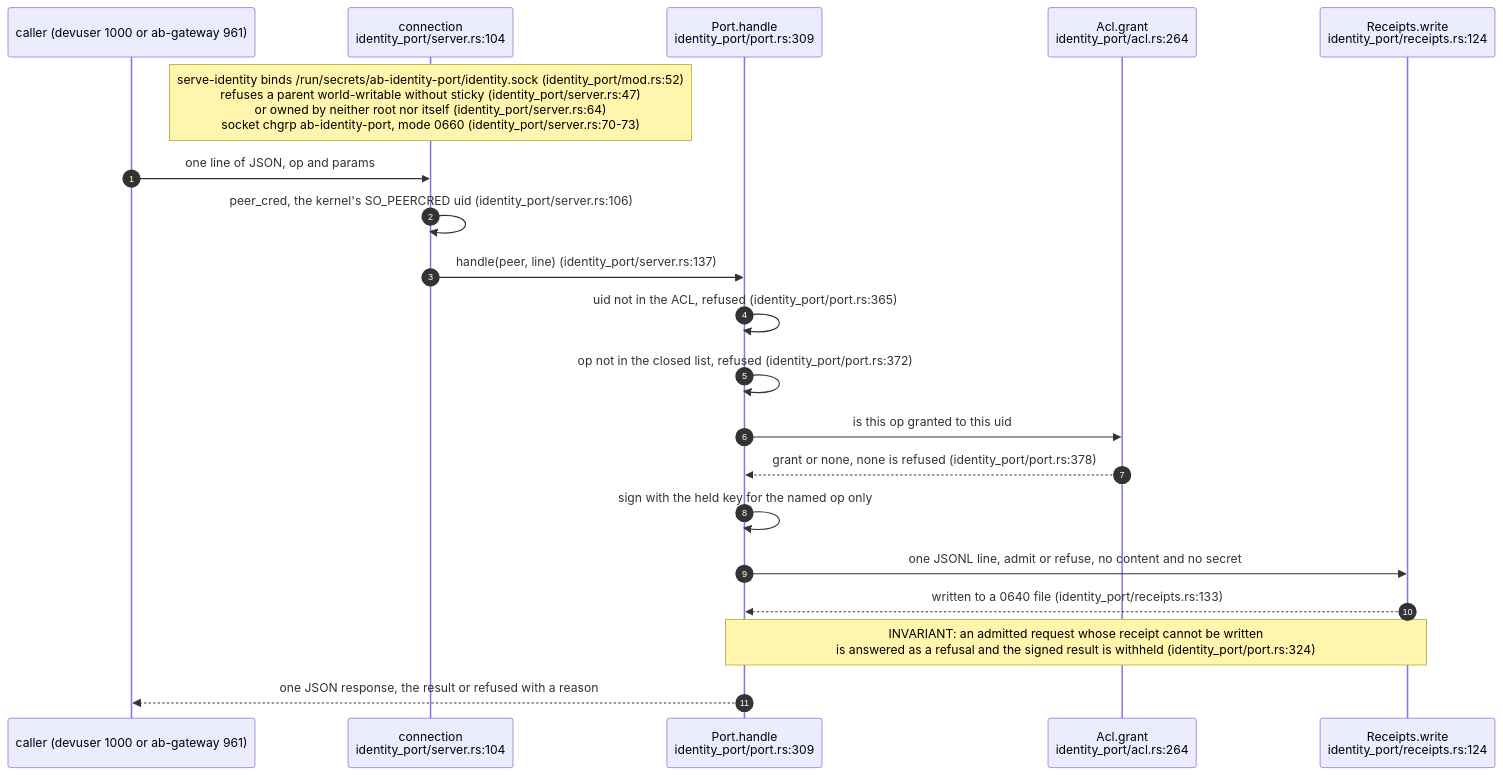
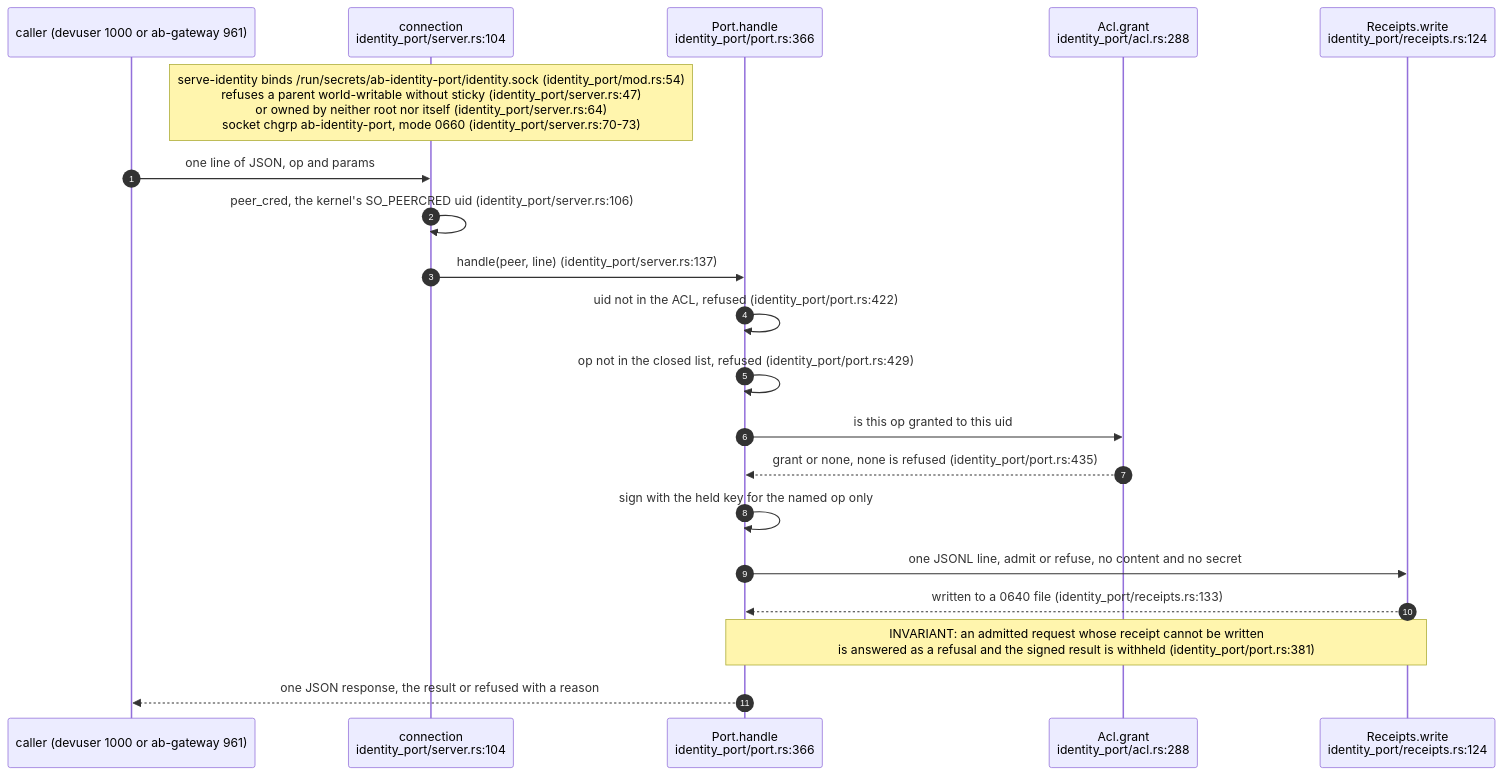
One commit to DreamLab-AI/VisionFlow changed the fourth of 7 diagrams in docs/diagrams/agentbox/36-role-isolation-and-identity-port.md. Above: the diagram before and after it, drawn with Mermaid. The commit also changed other lines of this file and 36 other files, not shown here.

First line of the commit message:
docs(diagrams): re-derive and re-stamp agentbox, dream-engine, visioncraft, visiontouch and vowl topics; drop LAN addresses

````diff
--- a/docs/diagrams/agentbox/36-role-isolation-and-identity-port.md
+++ b/docs/diagrams/agentbox/36-role-isolation-and-identity-port.md
@@ -153,22 +158,22 @@
 ```mermaid
 sequenceDiagram
     autonumber
     participant C as caller (devuser 1000 or ab-gateway 961)
     participant S as connection<br/>identity_port/server.rs:104
-    participant P as Port.handle<br/>identity_port/port.rs:309
-    participant A as Acl.grant<br/>identity_port/acl.rs:264
+    participant P as Port.handle<br/>identity_port/port.rs:366
+    participant A as Acl.grant<br/>identity_port/acl.rs:288
     participant R as Receipts.write<br/>identity_port/receipts.rs:124
-    Note over S: serve-identity binds /run/secrets/ab-identity-port/identity.sock (identity_port/mod.rs:52)<br/>refuses a parent world-writable without sticky (identity_port/server.rs:47)<br/>or owned by neither root nor itself (identity_port/server.rs:64)<br/>socket chgrp ab-identity-port, mode 0660 (identity_port/server.rs:70-73)
+    Note over S: serve-identity binds /run/secrets/ab-identity-port/identity.sock (identity_port/mod.rs:54)<br/>refuses a parent world-writable without sticky (identity_port/server.rs:47)<br/>or owned by neither root nor itself (identity_port/server.rs:64)<br/>socket chgrp ab-identity-port, mode 0660 (identity_port/server.rs:70-73)
     C->>S: one line of JSON, op and params
     S->>S: peer_cred, the kernel's SO_PEERCRED uid (identity_port/server.rs:106)
     S->>P: handle(peer, line) (identity_port/server.rs:137)
-    P->>P: uid not in the ACL, refused (identity_port/port.rs:365)
-    P->>P: op not in the closed list, refused (identity_port/port.rs:372)
+    P->>P: uid not in the ACL, refused (identity_port/port.rs:422)
+    P->>P: op not in the closed list, refused (identity_port/port.rs:429)
     P->>A: is this op granted to this uid
-    A-->>P: grant or none, none is refused (identity_port/port.rs:378)
+    A-->>P: grant or none, none is refused (identity_port/port.rs:435)
     P->>P: sign with the held key for the named op only
     P->>R: one JSONL line, admit or refuse, no content and no secret
     R-->>P: written to a 0640 file (identity_port/receipts.rs:133)
-    Note over P,R: INVARIANT: an admitted request whose receipt cannot be written<br/>is answered as a refusal and the signed result is withheld (identity_port/port.rs:324)
+    Note over P,R: INVARIANT: an admitted request whose receipt cannot be written<br/>is answered as a refusal and the signed result is withheld (identity_port/port.rs:381)
     P-->>C: one JSON response, the result or refused with a reason
 ```
````
